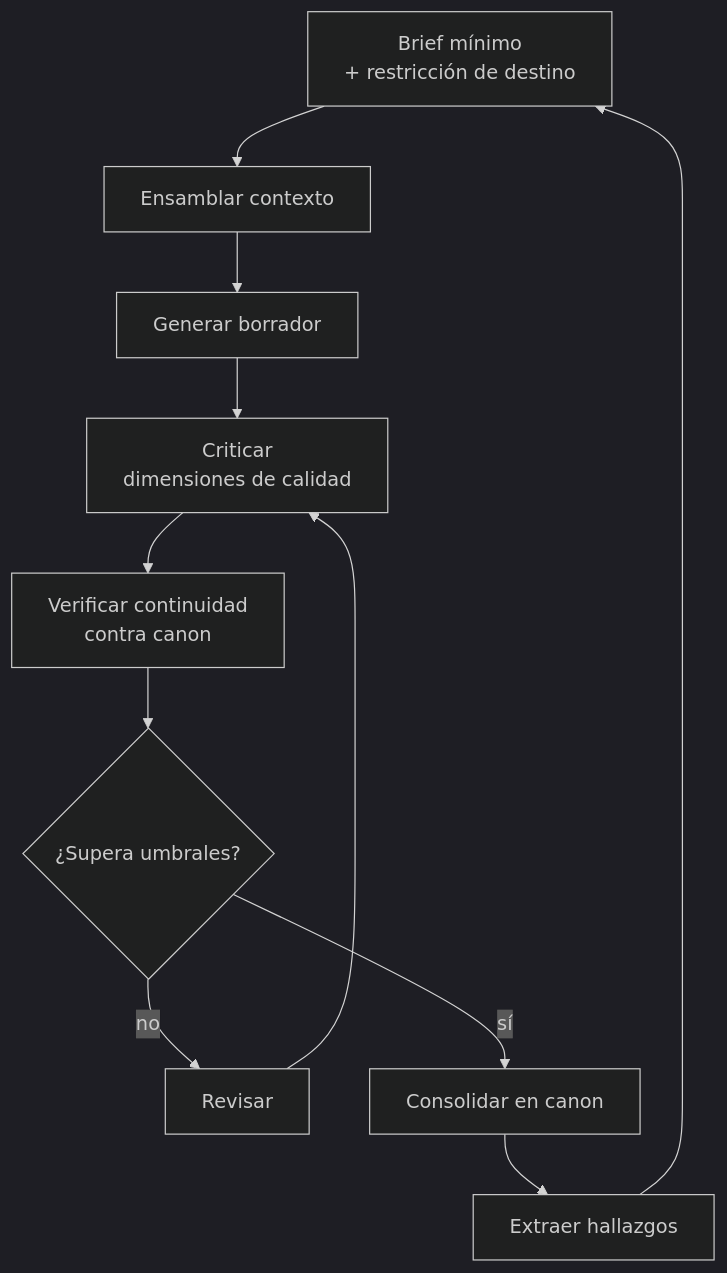
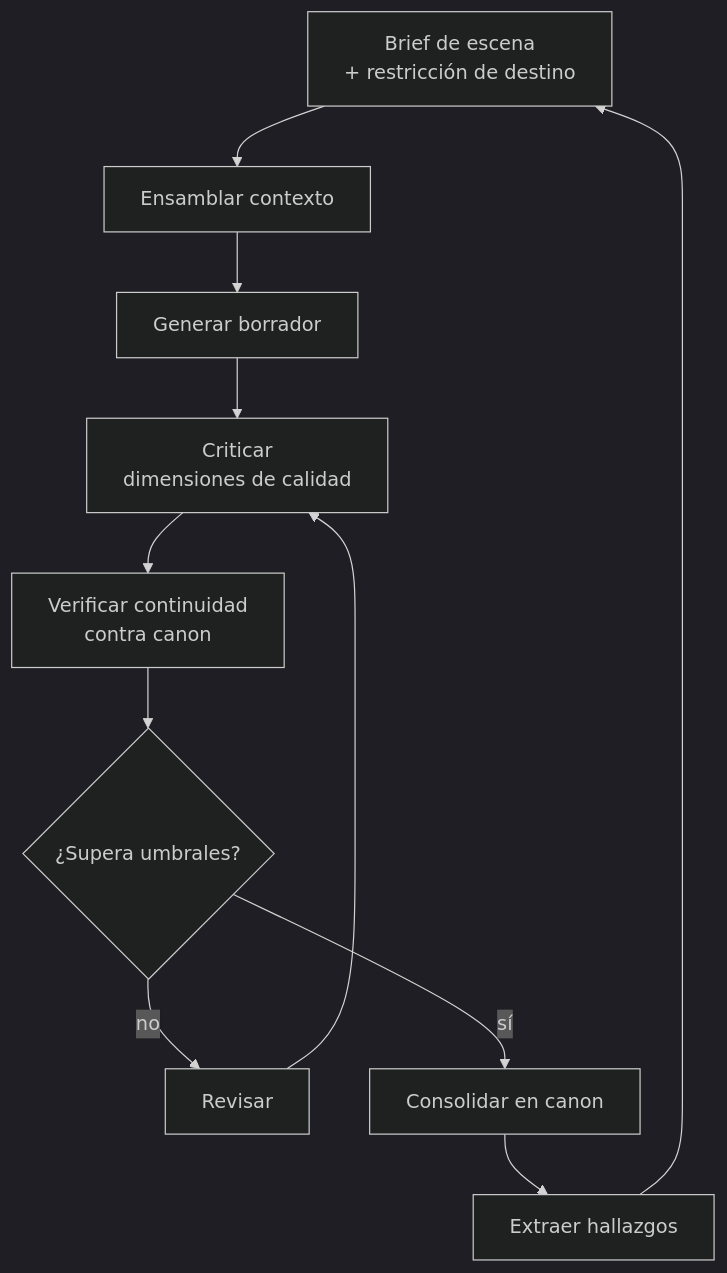
Diagram 18 of 20 in docs/domain-knowledge.md (BrunoCrz3/MyStory), drawn with Mermaid (dark theme) before and after one commit. The commit also changed other lines of this file and 1 other file, not shown here.

````diff
--- a/docs/domain-knowledge.md
+++ b/docs/domain-knowledge.md
@@ -313,13 +324,13 @@
 ```mermaid
 flowchart TD
-  PLN[Brief mínimo<br/>+ restricción de destino] --> CTX[Ensamblar contexto]
+  PLN[Brief de escena<br/>+ restricción de destino] --> CTX[Ensamblar contexto]
   CTX --> GEN[Generar borrador]
   GEN --> CRI[Criticar<br/>dimensiones de calidad]
   CRI --> VER[Verificar continuidad<br/>contra canon]
   VER --> DEC{¿Supera umbrales?}
   DEC -->|no| REV[Revisar]
   REV --> CRI
   DEC -->|sí| CSL[Consolidar en canon]
   CSL --> EXT[Extraer hallazgos]
   EXT --> PLN
 ```
````
